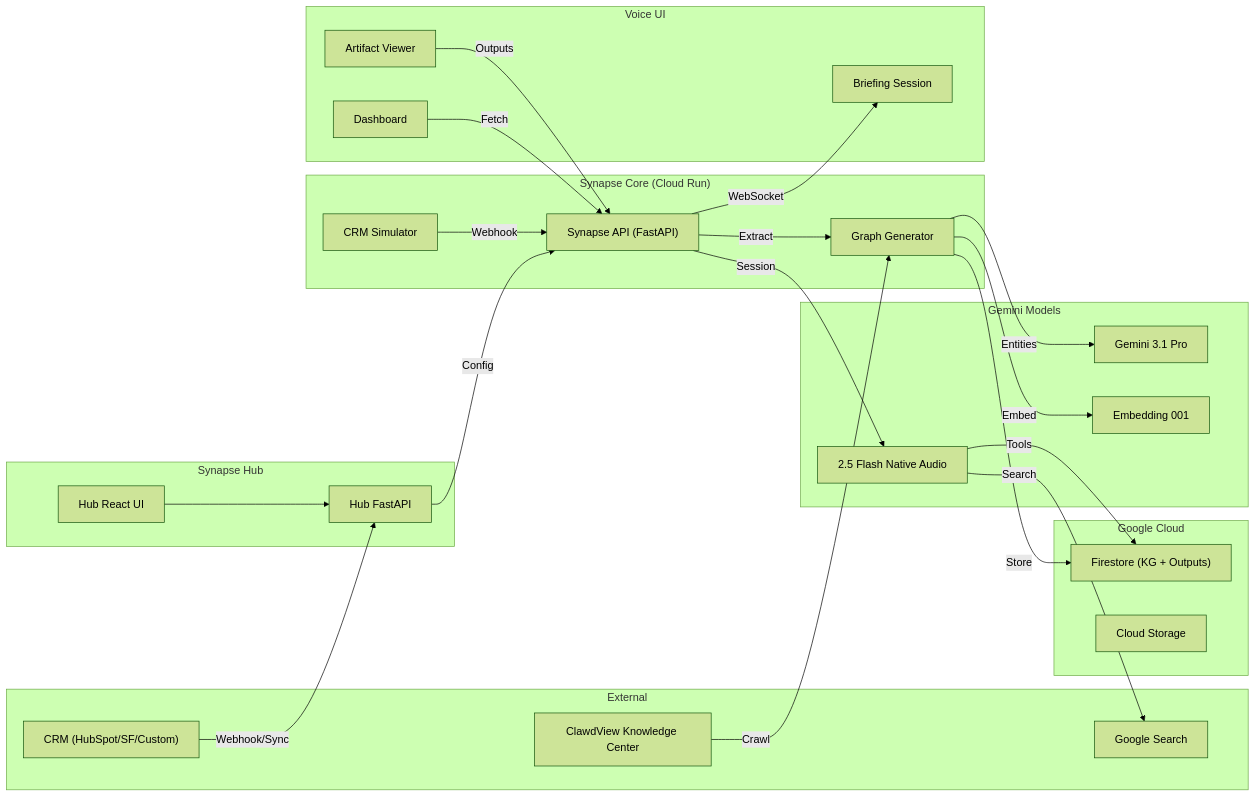
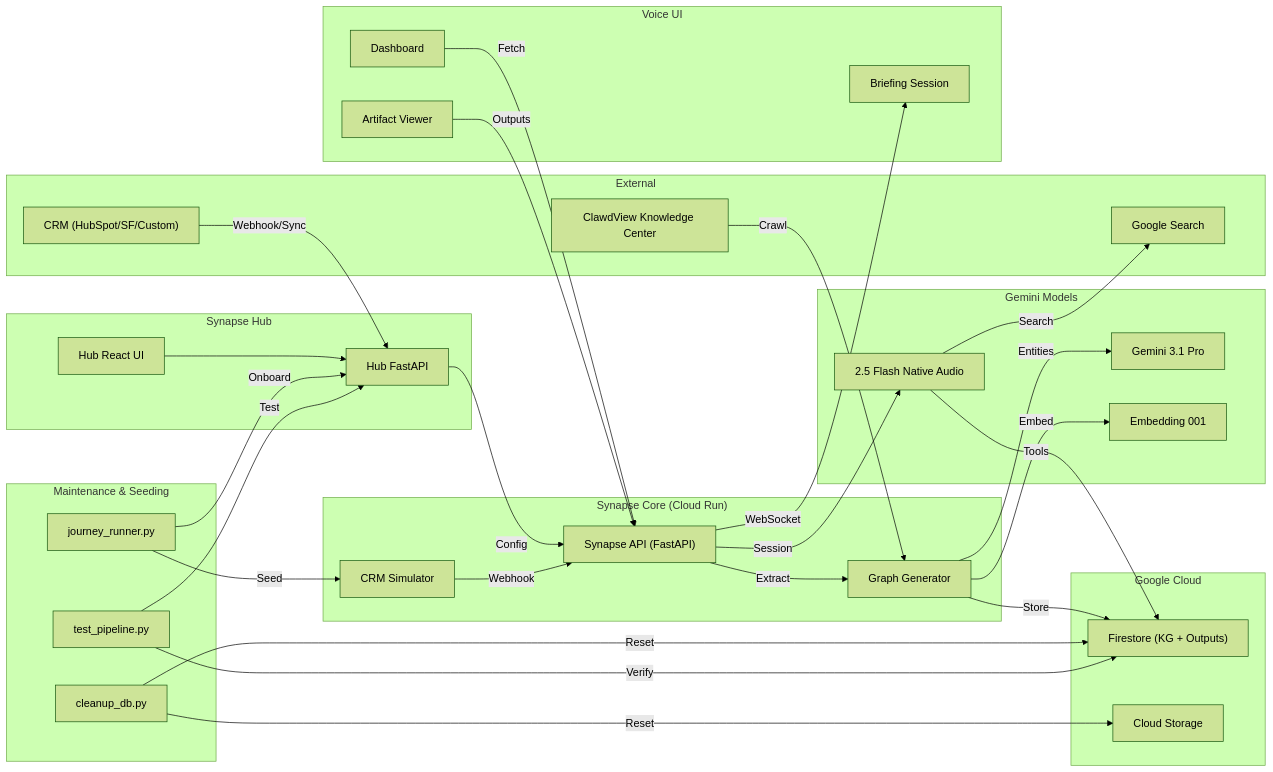
One commit to aroucadi/handoff_agent changed the first of 4 diagrams in docs/ARCHITECTURE.md. Above: the diagram before and after it, drawn with Mermaid (forest theme). The commit also changed other lines of this file and 72 other files, not shown here.

````diff
--- a/docs/ARCHITECTURE.md
+++ b/docs/ARCHITECTURE.md
@@ -5,52 +5,65 @@
 ```mermaid
 graph LR
     subgraph External
         CRM["CRM (HubSpot/SF/Custom)"]
         KC["ClawdView Knowledge Center"]
         GS["Google Search"]
     end
 
     subgraph Hub ["Synapse Hub"]
         HubUI["Hub React UI"]
         HubAPI["Hub FastAPI"]
     end
 
     subgraph Core ["Synapse Core (Cloud Run)"]
         API["Synapse API (FastAPI)"]
         GG["Graph Generator"]
         CRMSIM["CRM Simulator"]
     end
 
     subgraph AI ["Gemini Models"]
         PRO["Gemini 3.1 Pro"]
         EMB["Embedding 001"]
         LIVE["2.5 Flash Native Audio"]
     end
 
     subgraph Storage ["Google Cloud"]
         FS["Firestore (KG + Outputs)"]
         GCS["Cloud Storage"]
     end
 
     subgraph Frontend ["Voice UI"]
         DASH["Dashboard"]
         BRIEF["Briefing Session"]
         AV["Artifact Viewer"]
     end
 
     CRM -->|Webhook/Sync| HubAPI
     HubAPI -->|Config| API
     HubUI --> HubAPI
     API -->|Session| LIVE
     API -->|Extract| GG
     GG -->|Entities| PRO
     GG -->|Embed| EMB
     GG -->|Store| FS
     KC -->|Crawl| GG
     LIVE -->|Search| GS
     LIVE -->|Tools| FS
     API -->|WebSocket| BRIEF
     DASH -->|Fetch| API
     AV -->|Outputs| API
     CRMSIM -->|Webhook| API
+
+    subgraph Scripts ["Maintenance & Seeding"]
+        CU["cleanup_db.py"]
+        JR["journey_runner.py"]
+        TP["test_pipeline.py"]
+    end
+
+    CU -->|Reset| FS
+    CU -->|Reset| GCS
+    JR -->|Onboard| HubAPI
+    JR -->|Seed| CRMSIM
+    TP -->|Test| HubAPI
+    TP -->|Verify| FS
 ```
````
